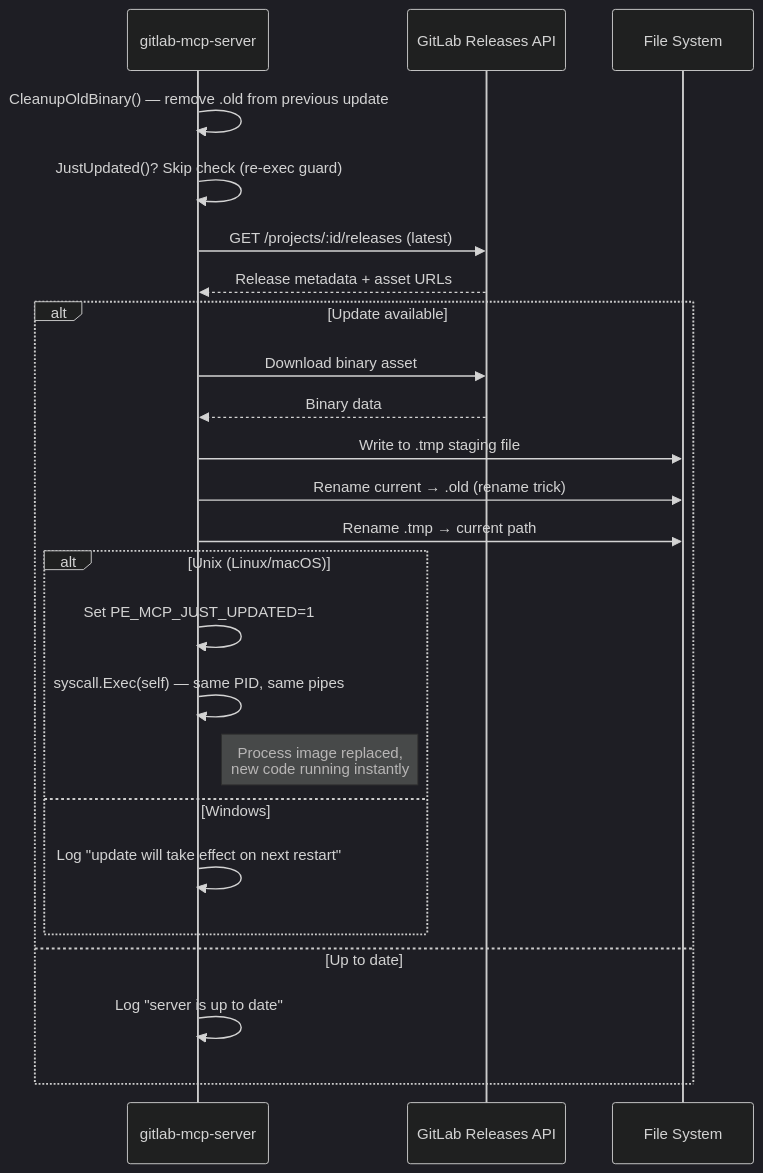
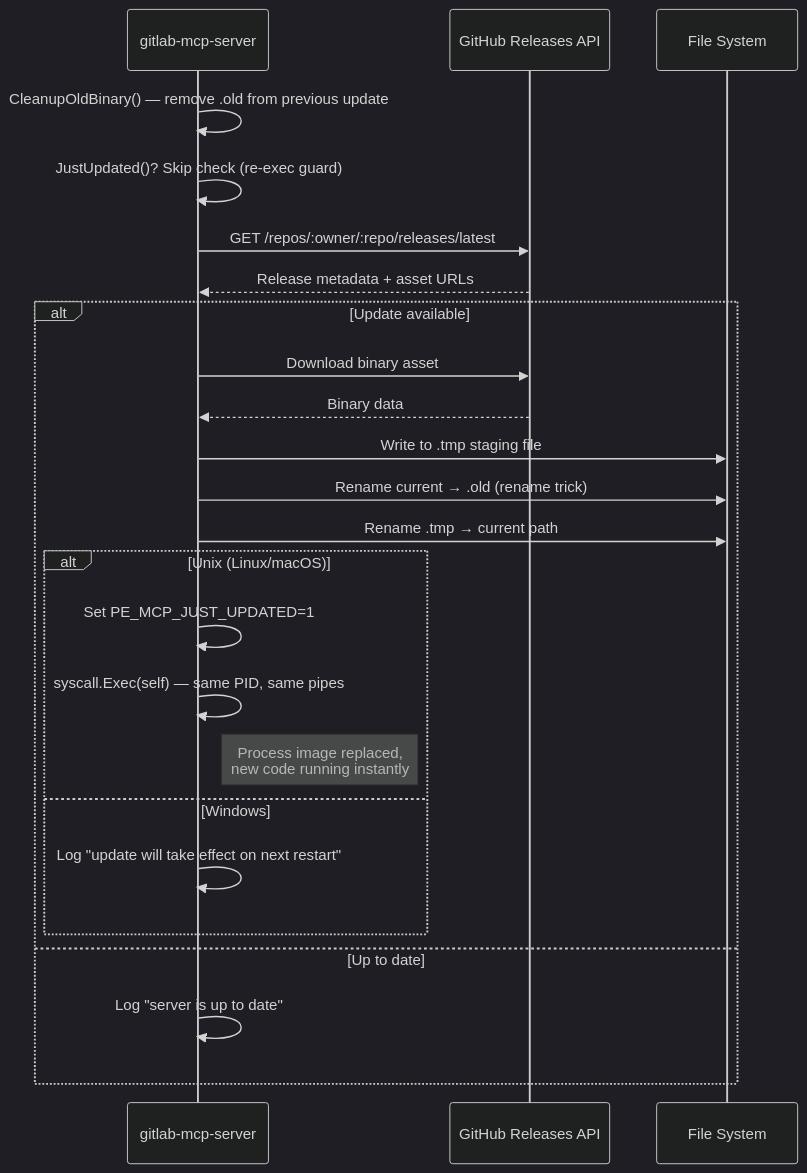
One commit to jmrplens/gitlab-mcp-server changed the first of 2 diagrams in docs/auto-update.md. Above: the diagram before and after it, drawn with Mermaid (dark theme). The commit also changed other lines of this file and 8 other files, not shown here.

First line of the commit message:
docs: fix stale GitLab infrastructure references after GitHub migration

````diff
--- a/docs/auto-update.md
+++ b/docs/auto-update.md
@@ -13,27 +13,27 @@
 ```mermaid
 sequenceDiagram
     participant Server as gitlab-mcp-server
-    participant GitLab as GitLab Releases API
+    participant GitHub as GitHub Releases API
     participant FS as File System
 
     Server->>Server: CleanupOldBinary() — remove .old from previous update
     Server->>Server: JustUpdated()? Skip check (re-exec guard)
-    Server->>GitLab: GET /projects/:id/releases (latest)
-    GitLab-->>Server: Release metadata + asset URLs
+    Server->>GitHub: GET /repos/:owner/:repo/releases/latest
+    GitHub-->>Server: Release metadata + asset URLs
     alt Update available
-        Server->>GitLab: Download binary asset
-        GitLab-->>Server: Binary data
+        Server->>GitHub: Download binary asset
+        GitHub-->>Server: Binary data
         Server->>FS: Write to .tmp staging file
         Server->>FS: Rename current → .old (rename trick)
         Server->>FS: Rename .tmp → current path
         alt Unix (Linux/macOS)
             Server->>Server: Set PE_MCP_JUST_UPDATED=1
             Server->>Server: syscall.Exec(self) — same PID, same pipes
             Note right of Server: Process image replaced,<br/>new code running instantly
         else Windows
             Server->>Server: Log "update will take effect on next restart"
         end
     else Up to date
         Server->>Server: Log "server is up to date"
     end
 ```
````
